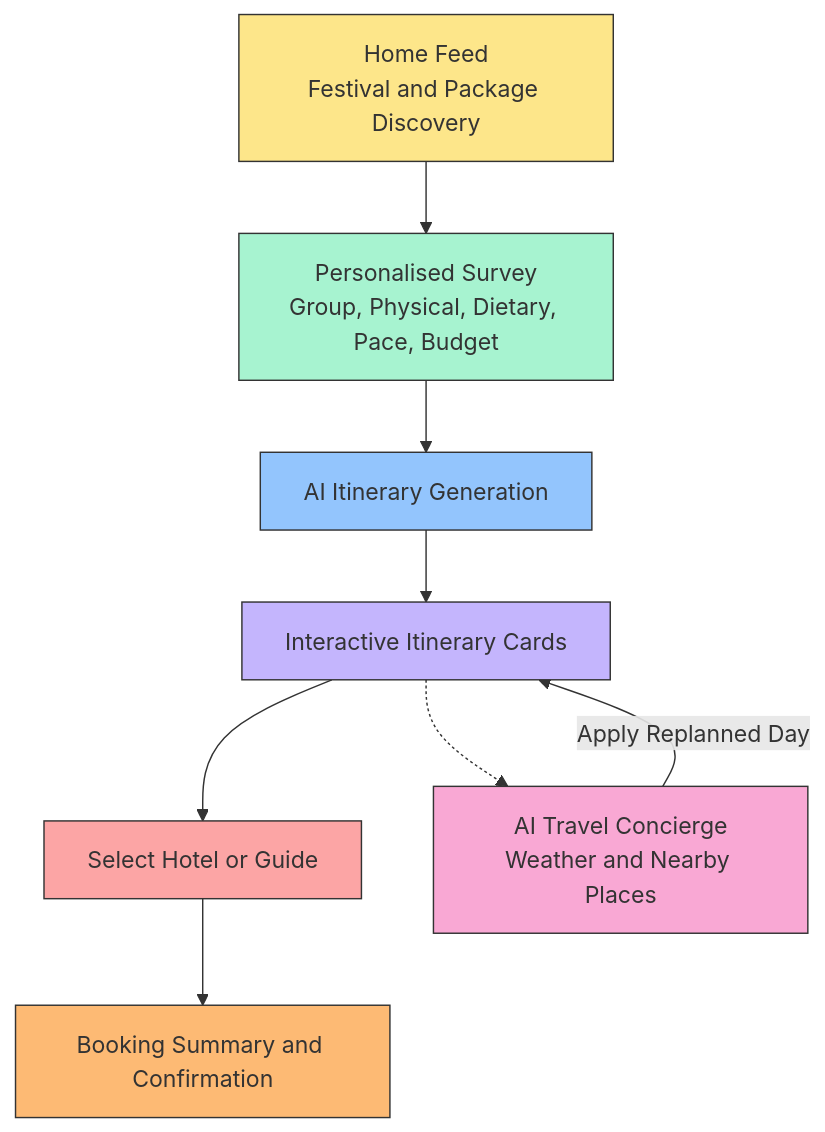
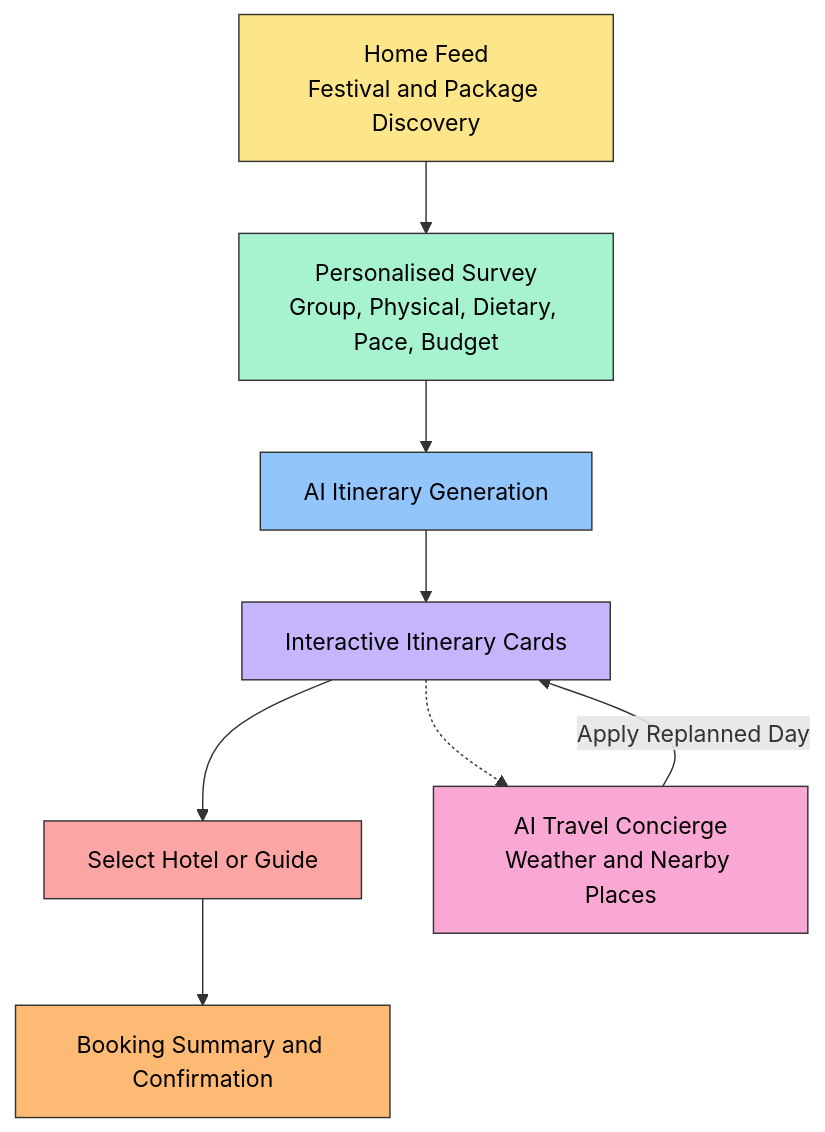
Before and after one commit to ReneChuah/cultural-travel-authentication: the first of 2 diagrams in README.md, drawn with Mermaid. The commit also changed other lines of this file, not shown here.

````diff
--- a/README.md
+++ b/README.md
@@ -119,18 +119,18 @@
 ```mermaid
 flowchart TD
     A[Home Feed<br/>Festival and Package Discovery] --> B[Personalised Survey<br/>Group, Physical, Dietary, Pace, Budget]
     B --> C[AI Itinerary Generation]
     C --> D[Interactive Itinerary Cards]
     D --> E[Select Hotel or Guide]
     E --> F[Booking Summary and Confirmation]
     D -.-> G[AI Travel Concierge<br/>Weather and Nearby Places]
     G -->|Apply Replanned Day| D
 
-    style A fill:#FDE68A,stroke:#333,stroke-width:1px
-    style B fill:#A7F3D0,stroke:#333,stroke-width:1px
-    style C fill:#93C5FD,stroke:#333,stroke-width:1px
-    style D fill:#C4B5FD,stroke:#333,stroke-width:1px
-    style E fill:#FCA5A5,stroke:#333,stroke-width:1px
-    style F fill:#FDBA74,stroke:#333,stroke-width:1px
-    style G fill:#F9A8D4,stroke:#333,stroke-width:1px
+    style A fill:#FDE68A,stroke:#333,stroke-width:1px,color:#000
+    style B fill:#A7F3D0,stroke:#333,stroke-width:1px,color:#000
+    style C fill:#93C5FD,stroke:#333,stroke-width:1px,color:#000
+    style D fill:#C4B5FD,stroke:#333,stroke-width:1px,color:#000
+    style E fill:#FCA5A5,stroke:#333,stroke-width:1px,color:#000
+    style F fill:#FDBA74,stroke:#333,stroke-width:1px,color:#000
+    style G fill:#F9A8D4,stroke:#333,stroke-width:1px,color:#000
 ```
````
